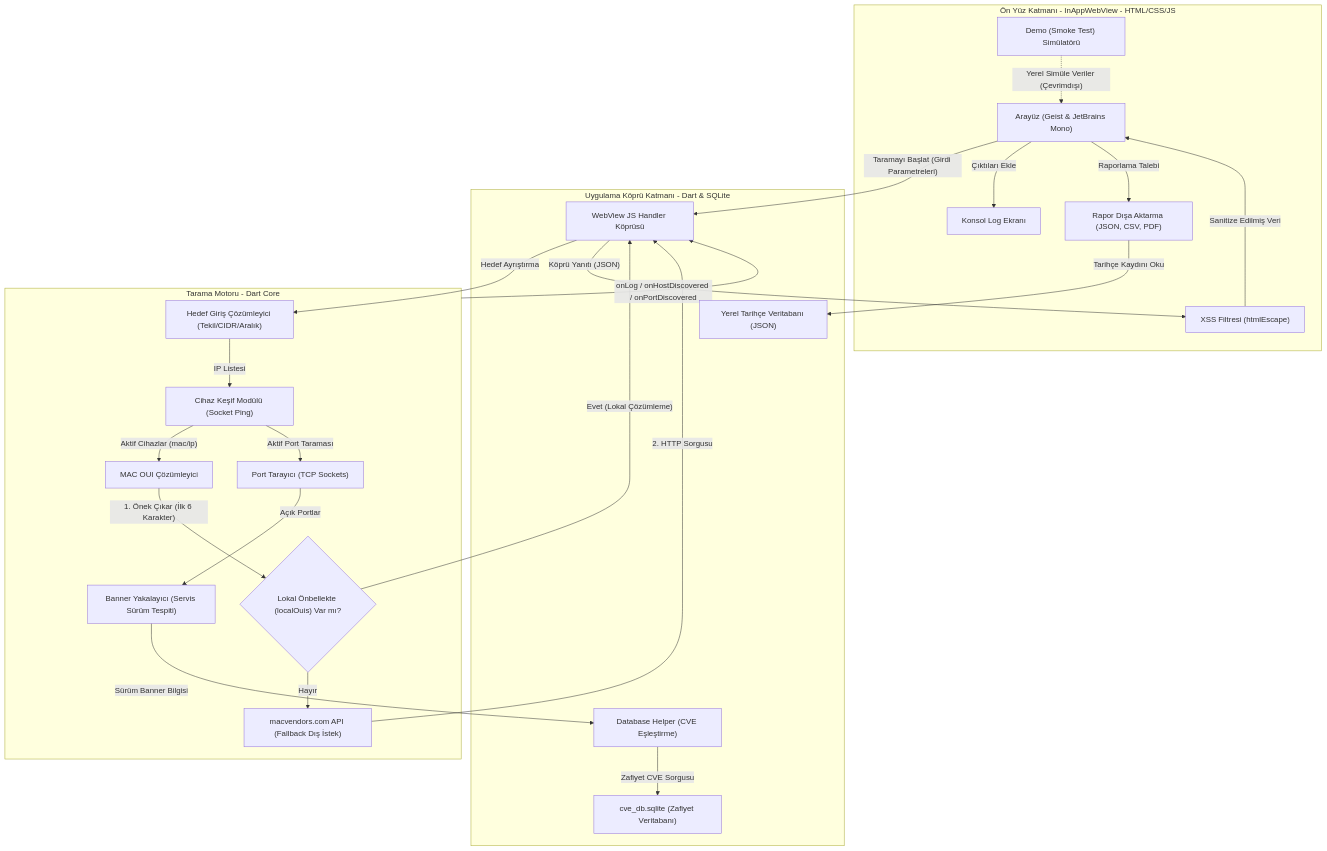
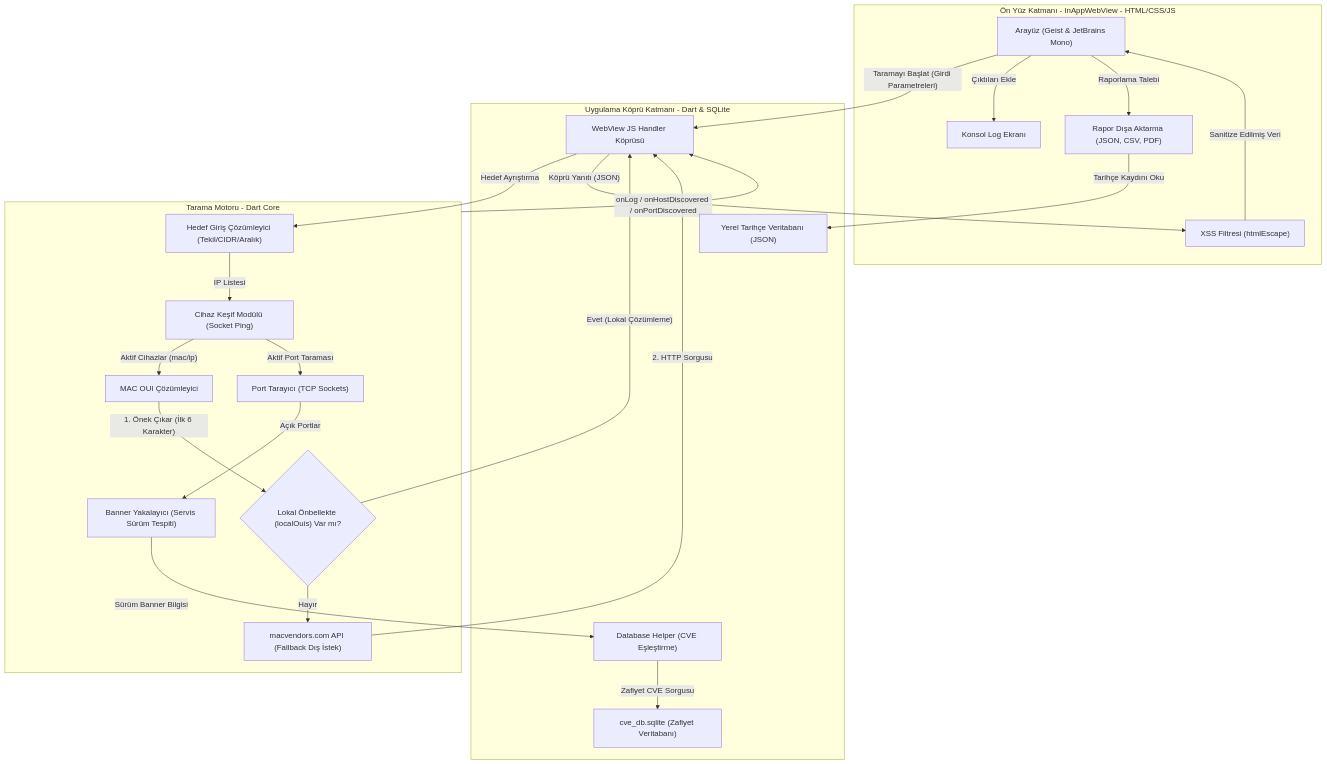
The diagram in docs/architecture-diagram.md (BigDesigner/gnncyber-netscan), drawn with Mermaid before and after one commit.

Commit message:
docs: remove local demo mode simulator from system diagram

````diff
--- a/docs/architecture-diagram.md
+++ b/docs/architecture-diagram.md
@@ -9,52 +9,50 @@
 ```mermaid
 graph TD
     subgraph Frontend [Ön Yüz Katmanı - InAppWebView - HTML/CSS/JS]
         UI["Arayüz (Geist & JetBrains Mono)"]
-        DemoSim["Demo (Smoke Test) Simülatörü"]
         ExportMod["Rapor Dışa Aktarma (JSON, CSV, PDF)"]
         XSS["XSS Filtresi (htmlEscape)"]
         Console["Konsol Log Ekranı"]
     end
 
     subgraph DartBridge [Uygulama Köprü Katmanı - Dart & SQLite]
         Bridge["WebView JS Handler Köprüsü"]
         HistoryDB["Yerel Tarihçe Veritabanı (JSON)"]
         DBHelper["Database Helper (CVE Eşleştirme)"]
         SQLite["cve_db.sqlite (Zafiyet Veritabanı)"]
     end
 
     subgraph Engine [Tarama Motoru - Dart Core]
         Parser["Hedef Giriş Çözümleyici (Tekil/CIDR/Aralık)"]
         Ping["Cihaz Keşif Modülü (Socket Ping)"]
         OUICache["MAC OUI Çözümleyici"]
         LocalCache{"Lokal Önbellekte (localOuis) Var mı?"}
         MacVendors["macvendors.com API (Fallback Dış İstek)"]
         PortScan["Port Tarayıcı (TCP Sockets)"]
         Banner["Banner Yakalayıcı (Servis Sürüm Tespiti)"]
     end
 
     %% Akışlar ve Tetikleyiciler
     UI -->|"Taramayı Başlat (Girdi Parametreleri)"| Bridge
-    DemoSim -.->|"Yerel Simüle Veriler (Çevrimdışı)"| UI
     Bridge -->|"Hedef Ayrıştırma"| Parser
     Parser -->|"IP Listesi"| Ping
     Ping -->|"Aktif Cihazlar (mac/ip)"| OUICache
     OUICache -->|"1. Önek Çıkar (İlk 6 Karakter)"| LocalCache
     LocalCache -->|"Evet (Lokal Çözümleme)"| Bridge
     LocalCache -->|"Hayır"| MacVendors
     MacVendors -->|"2. HTTP Sorgusu"| Bridge
     DBHelper -->|"Zafiyet CVE Sorgusu"| SQLite
     Ping -->|"Aktif Port Taraması"| PortScan
     PortScan -->|"Açık Portlar"| Banner
     Banner -->|"Sürüm Banner Bilgisi"| DBHelper
     
     %% Geri Bildirim Akışı (Callbacks)
     Engine -->|"onLog / onHostDiscovered / onPortDiscovered"| Bridge
     Bridge -->|"Köprü Yanıtı (JSON)"| XSS
     XSS -->|"Sanitize Edilmiş Veri"| UI
     UI -->|"Çıktıları Ekle"| Console
     
     %% Raporlama Akışı
     UI -->|"Raporlama Talebi"| ExportMod
     ExportMod -->|"Tarihçe Kaydını Oku"| HistoryDB
 ```
````
